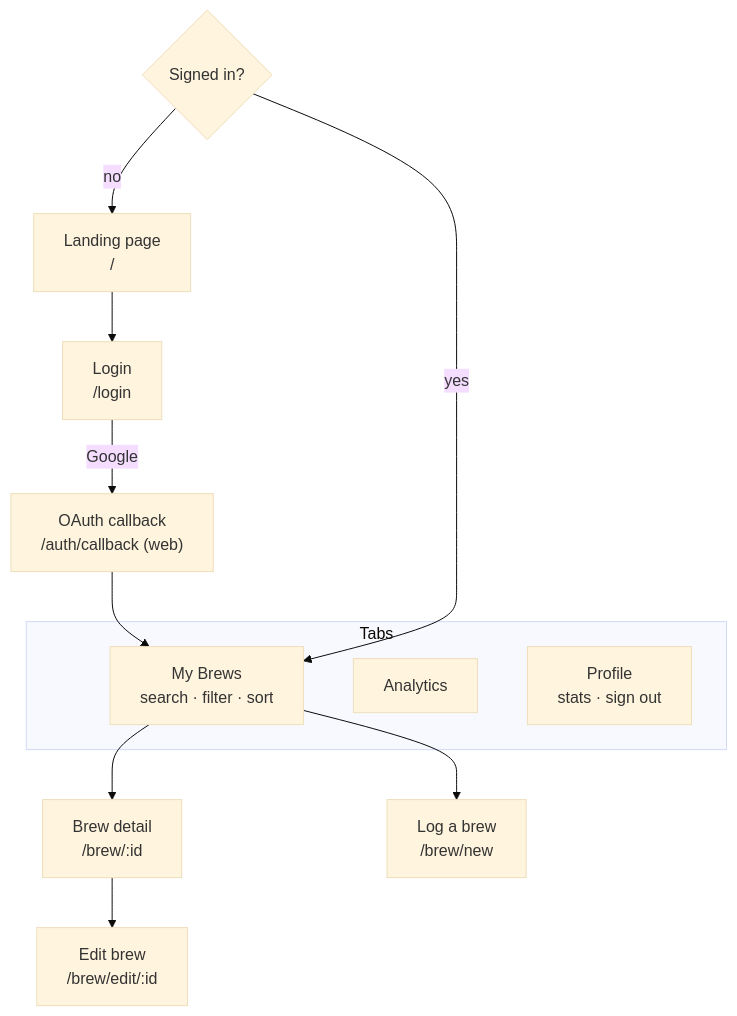
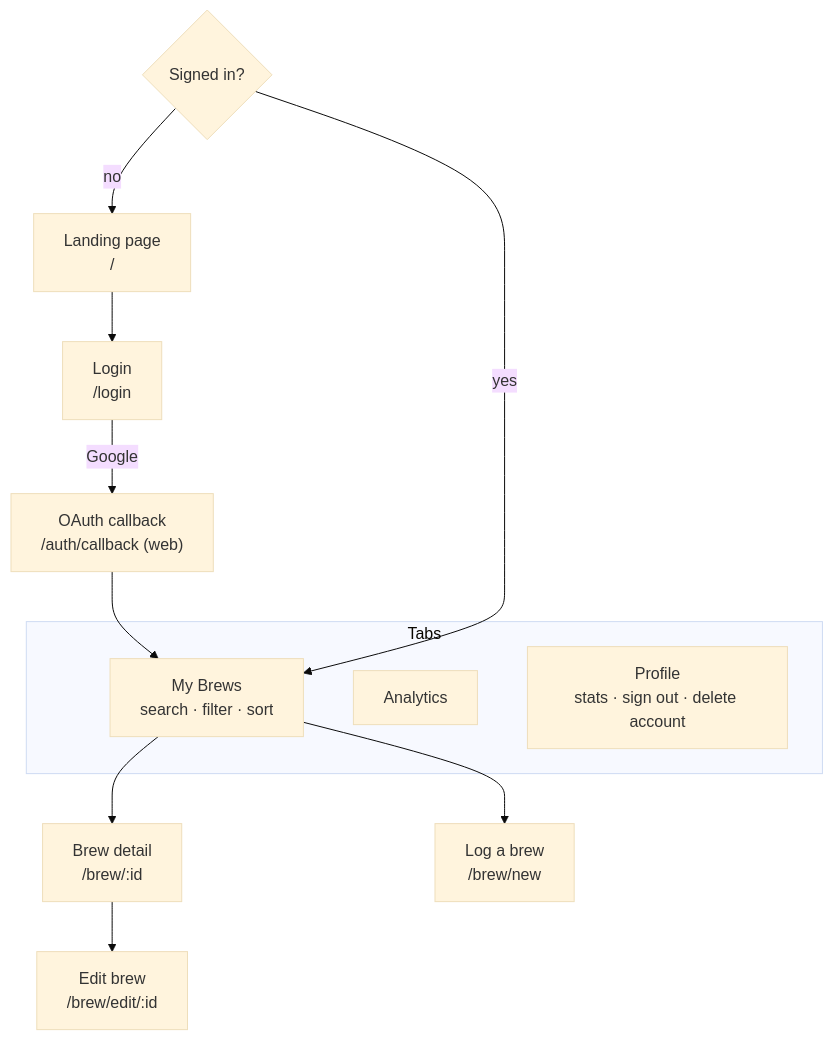
Before and after one commit to antmelon/BruLogger: the second of 6 diagrams in README.md, drawn with Mermaid (base theme). The commit also changed other lines of this file and 6 other files, not shown here.

First line of the commit message:
account deletion: Profile → Delete Account

````diff
--- a/README.md
+++ b/README.md
@@ -79,19 +79,19 @@
 ```mermaid
 flowchart TD
   gate{"Signed in?"}
   gate -- no --> landing["Landing page<br/>/"]
   landing --> login["Login<br/>/login"]
   login -- Google --> callback["OAuth callback<br/>/auth/callback (web)"]
   callback --> list
   gate -- yes --> list
 
   subgraph tabs [Tabs]
     list["My Brews<br/>search · filter · sort"]
     analytics["Analytics"]
-    profile["Profile<br/>stats · sign out"]
+    profile["Profile<br/>stats · sign out · delete account"]
   end
 
   list --> detail["Brew detail<br/>/brew/:id"]
   list --> new["Log a brew<br/>/brew/new"]
   detail --> edit["Edit brew<br/>/brew/edit/:id"]
 ```
````
